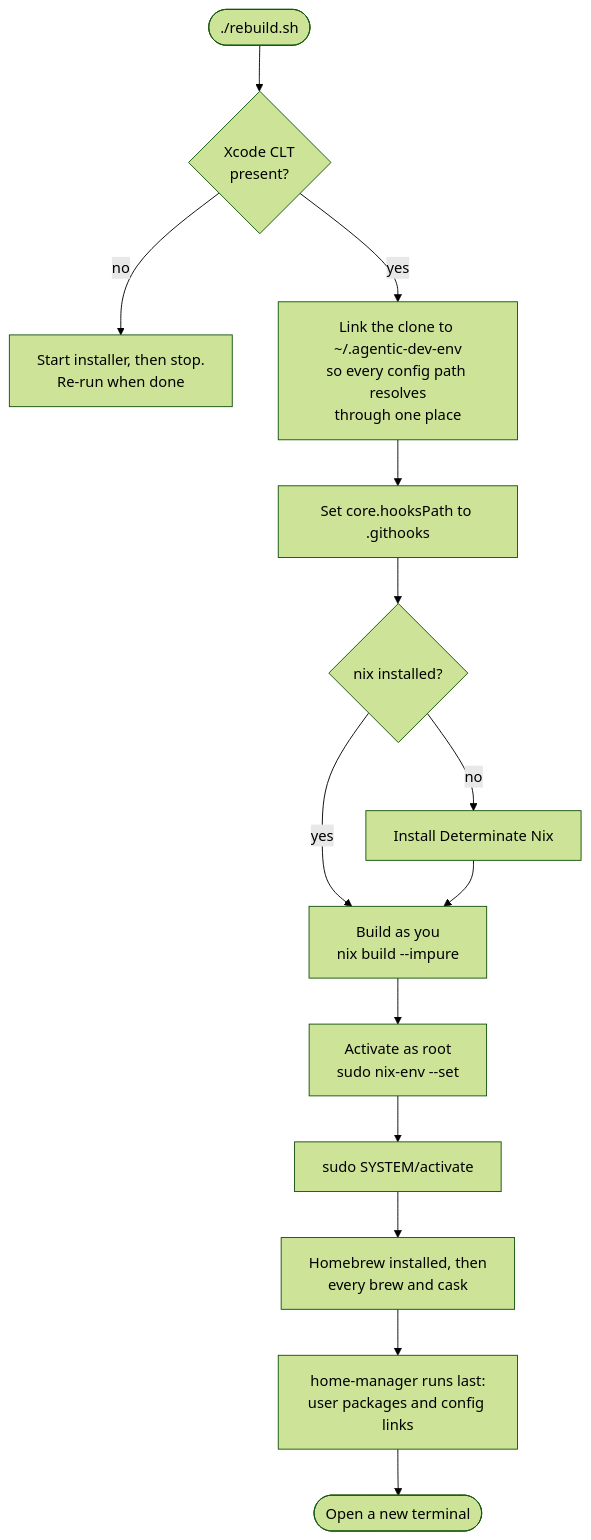
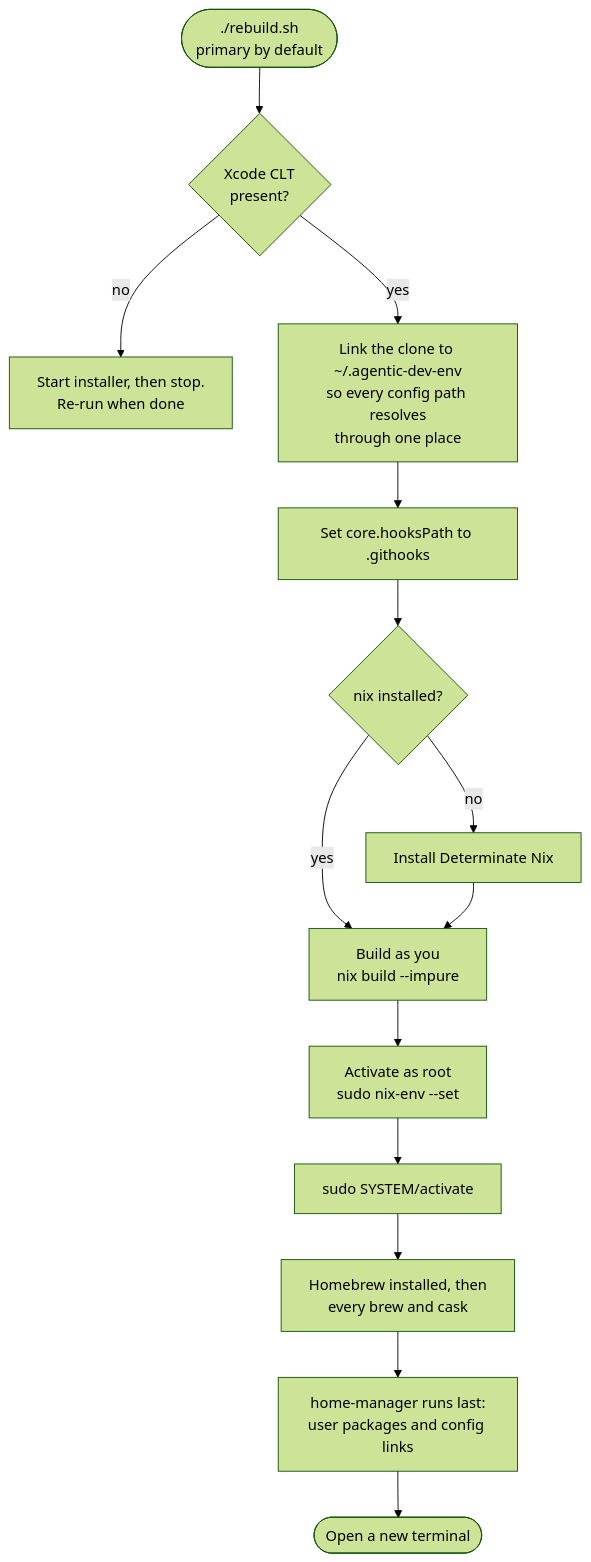
One commit to aditya-sathish-rao/agentic-dev-env changed the third of 10 diagrams in README.md. Above: the diagram before and after it, drawn with Mermaid (forest theme). The commit also changed other lines of this file and 116 other files, not shown here.

````diff
--- a/README.md
+++ b/README.md
@@ -235,16 +237,16 @@
 ```mermaid
 flowchart TD
-    S(["./rebuild.sh"]) --> X{"Xcode CLT<br/>present?"}
+    S(["./rebuild.sh<br/>primary by default"]) --> X{"Xcode CLT<br/>present?"}
     X -- "no" --> XI["Start installer, then stop.<br/>Re-run when done"]
     X -- "yes" --> L["Link the clone to ~/.agentic-dev-env<br/>so every config path resolves<br/>through one place"]
     L --> H["Set core.hooksPath to .githooks"]
     H --> N{"nix installed?"}
     N -- "no" --> NI["Install Determinate Nix"]
     N -- "yes" --> B
     NI --> B["Build as you<br/>nix build --impure"]
     B --> A1["Activate as root<br/>sudo nix-env --set"]
     A1 --> A2["sudo SYSTEM/activate"]
     A2 --> BREW["Homebrew installed, then<br/>every brew and cask"]
     BREW --> HMG["home-manager runs last:<br/>user packages and config links"]
     HMG --> DONE(["Open a new terminal"])
 ```
````
